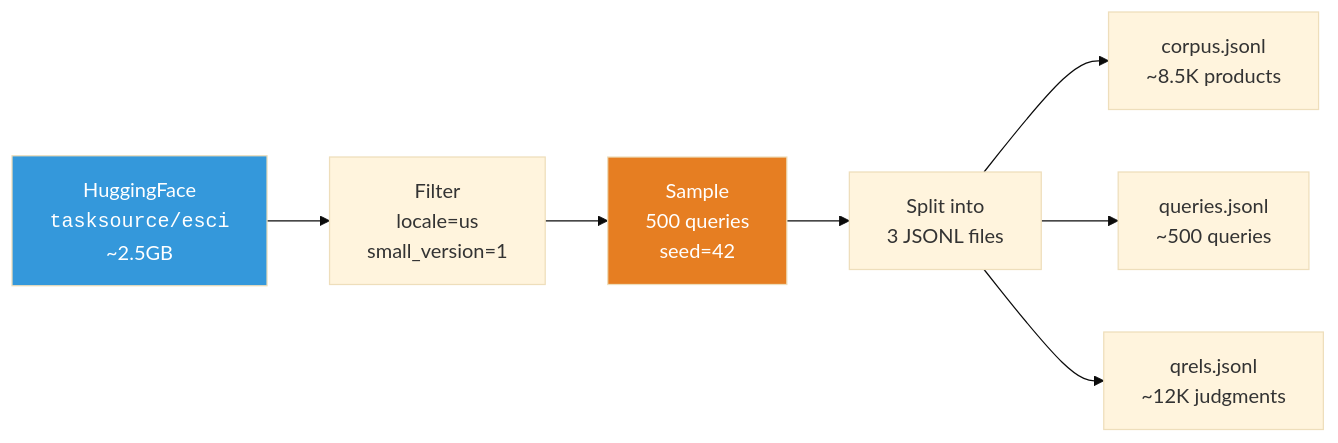
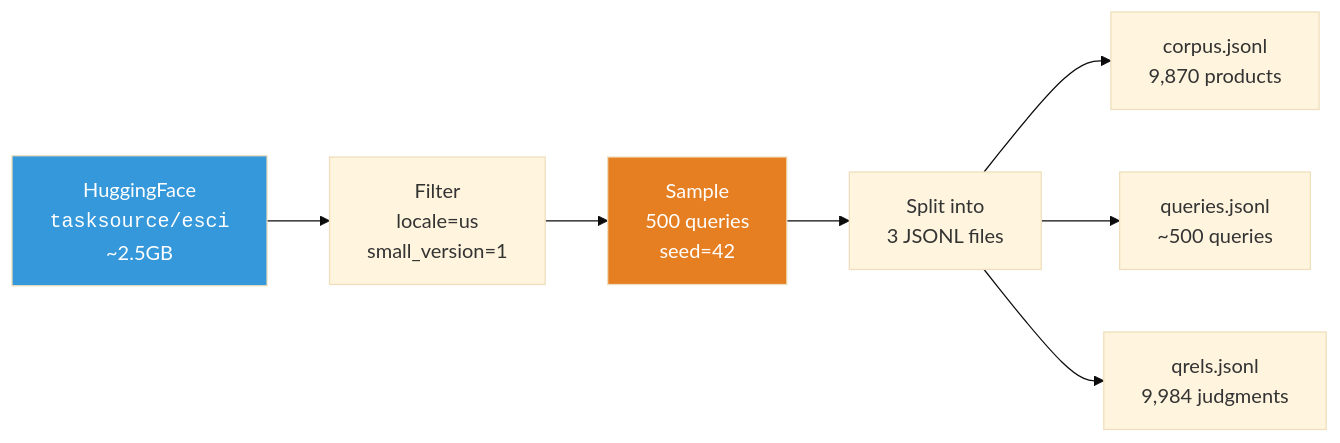
One commit to slavadubrov/search-ranking-stack changed the diagram in docs/dataset.md. Above: the diagram before and after it, drawn with Mermaid (base theme). The commit also changed other lines of this file and 21 other files, not shown here.

````diff
--- a/docs/dataset.md
+++ b/docs/dataset.md
@@ -91,12 +91,12 @@
 ```mermaid
 flowchart LR
     HF["HuggingFace<br/><code>tasksource/esci</code><br/>~2.5GB"] --> Filter["Filter<br/>locale=us<br/>small_version=1"]
     Filter --> Sample["Sample<br/>500 queries<br/>seed=42"]
     Sample --> Split["Split into<br/>3 JSONL files"]
-    Split --> Corpus["corpus.jsonl<br/>~8.5K products"]
+    Split --> Corpus["corpus.jsonl<br/>9,870 products"]
     Split --> Queries["queries.jsonl<br/>~500 queries"]
-    Split --> Qrels["qrels.jsonl<br/>~12K judgments"]
+    Split --> Qrels["qrels.jsonl<br/>9,984 judgments"]
 
     style HF fill:#3498db,color:white
     style Sample fill:#e67e22,color:white
 ```
````
